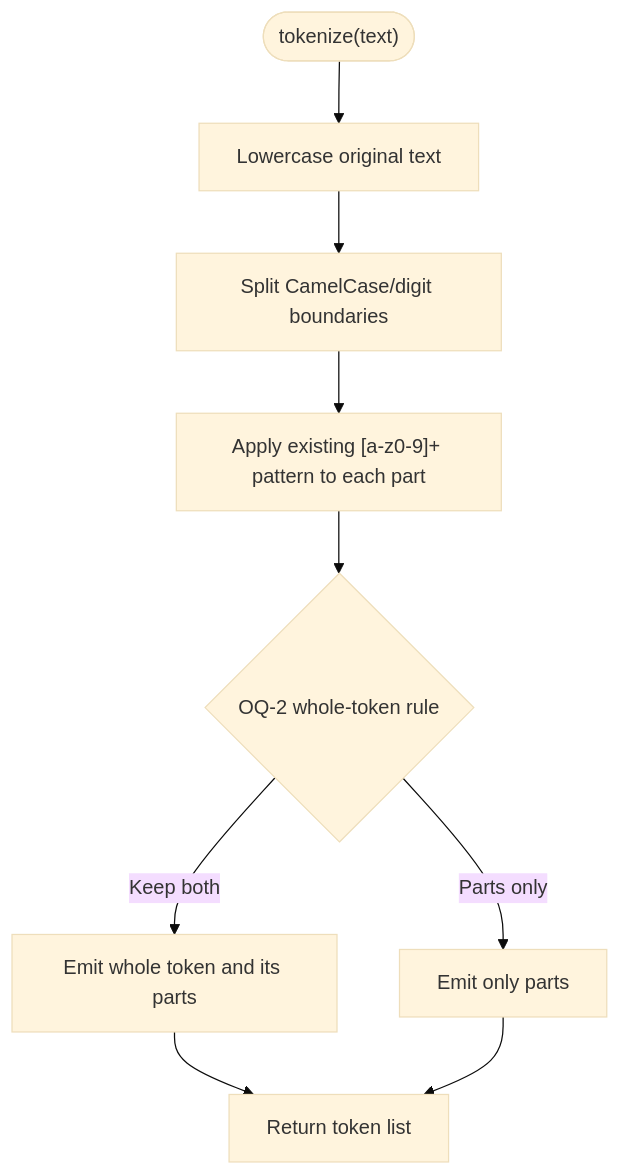
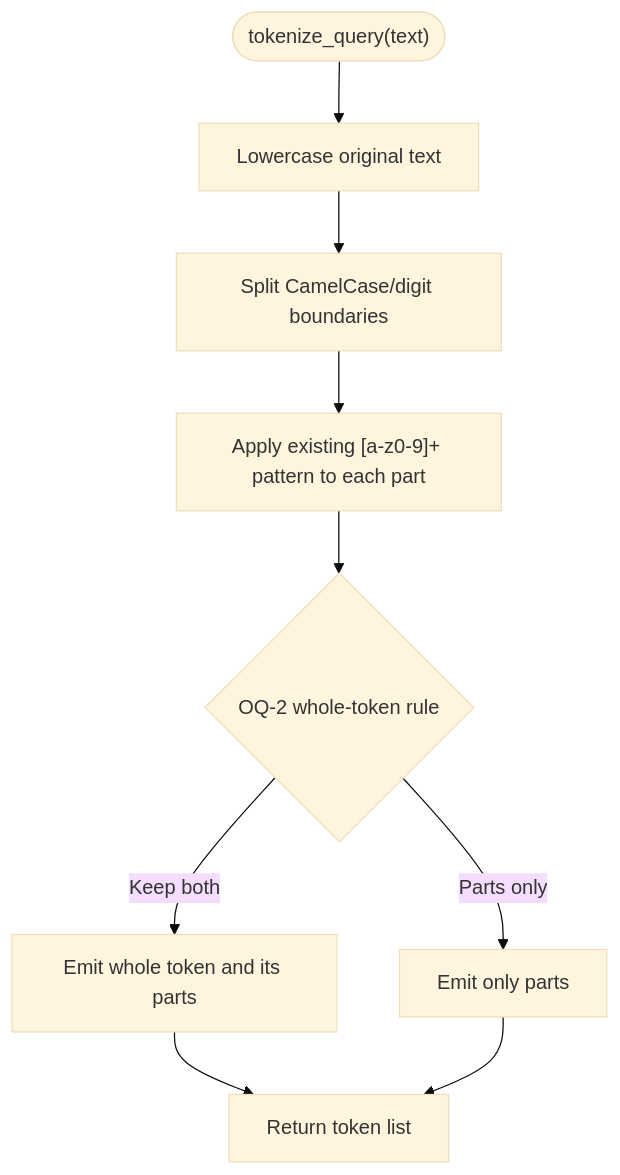
The sixth of 11 diagrams in .qoder/repowiki/en/content/Shared Contracts/SPEC-066_ Skill Retrieval Ranking Fidelity.md (alainlei/luban-aiops), drawn with Mermaid (base theme) before and after one commit. The commit also changed other lines of this file and 114 other files, not shown here.

````diff
--- a/.qoder/repowiki/en/content/Shared Contracts/SPEC-066_ Skill Retrieval Ranking Fidelity.md
+++ b/.qoder/repowiki/en/content/Shared Contracts/SPEC-066_ Skill Retrieval Ranking Fidelity.md
@@ -197,11 +198,11 @@
 ```mermaid
 flowchart TD
-Start(["tokenize(text)"]) --> Lower["Lowercase original text"]
+Start(["tokenize_query(text)"]) --> Lower["Lowercase original text"]
 Lower --> SplitCamel["Split CamelCase/digit boundaries"]
 SplitCamel --> ApplyPattern["Apply existing [a-z0-9]+ pattern to each part"]
 ApplyPattern --> DecideWhole{"OQ-2 whole-token rule"}
 DecideWhole --> |Keep both| EmitBoth["Emit whole token and its parts"]
 DecideWhole --> |Parts only| EmitParts["Emit only parts"]
 EmitBoth --> ReturnTokens["Return token list"]
 EmitParts --> ReturnTokens
 ```
````
